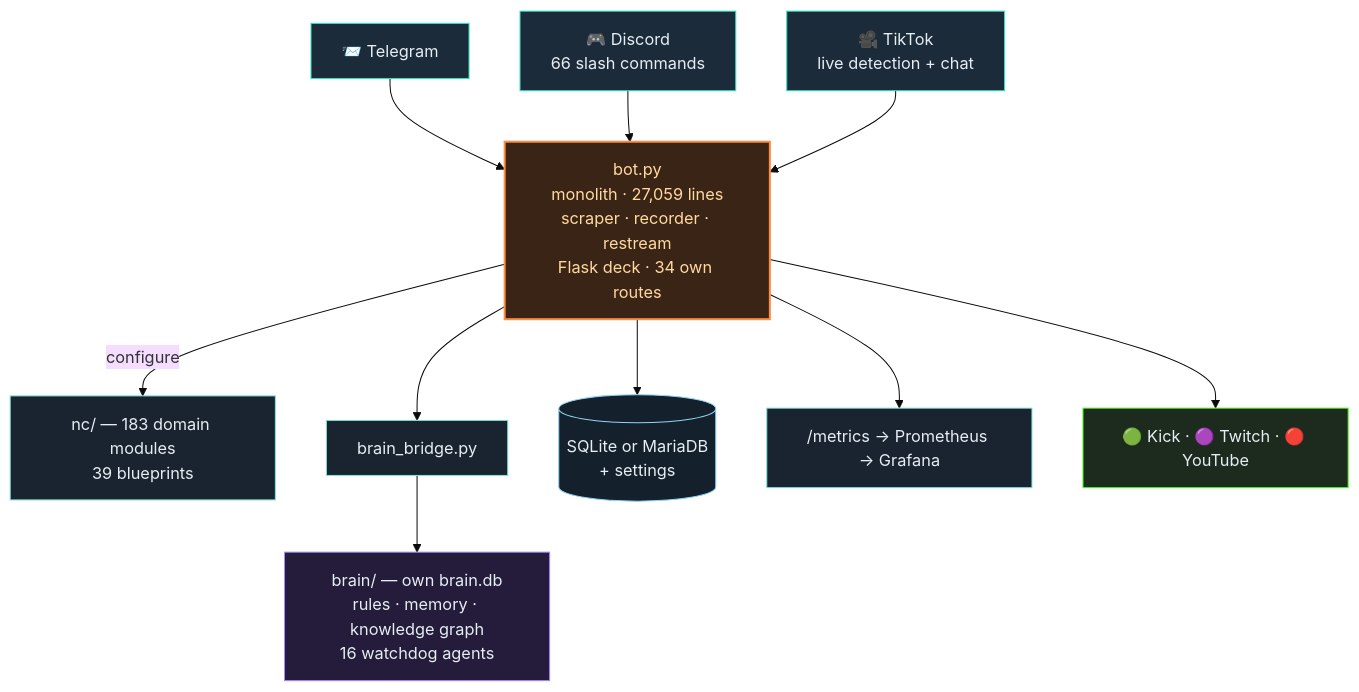
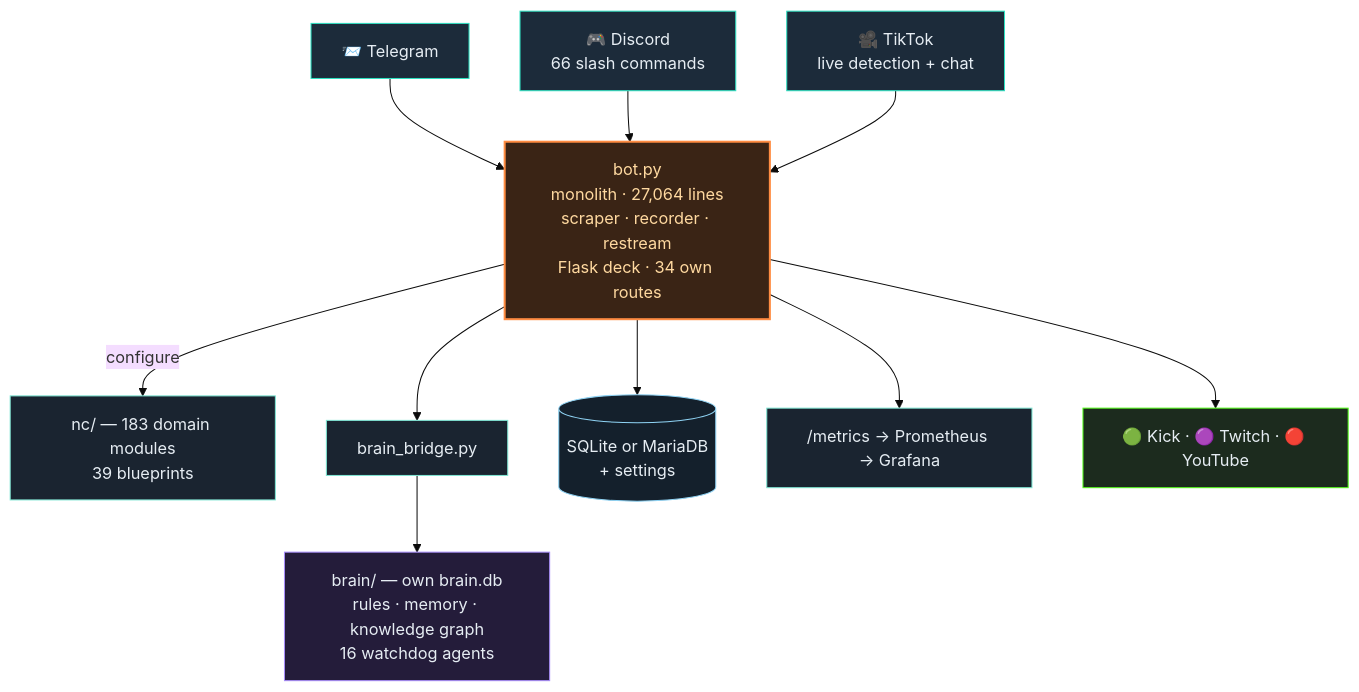
The second of 3 diagrams in README.en.md (itsamemedev/Telegram-Stream-Info-Bot), drawn with Mermaid (base theme) before and after one commit. The commit also changed other lines of this file and 11 other files, not shown here.

````diff
--- a/README.en.md
+++ b/README.en.md
@@ -119,19 +119,19 @@
 ```mermaid
 flowchart TB
     TG["📨 Telegram"]:::ein --> BOT
     DC["🎮 Discord<br/>66 slash commands"]:::ein --> BOT
     TT["🎥 TikTok<br/>live detection + chat"]:::ein --> BOT
-    BOT["bot.py<br/>monolith · 27,059 lines<br/>scraper · recorder · restream<br/>Flask deck · 34 own routes"]:::core
+    BOT["bot.py<br/>monolith · 27,064 lines<br/>scraper · recorder · restream<br/>Flask deck · 34 own routes"]:::core
     BOT -->|configure| NC["nc/ — 183 domain modules<br/>39 blueprints"]:::lib
     BOT --> BR["brain_bridge.py"]:::lib
     BR --> BRAIN["brain/ — own brain.db<br/>rules · memory · knowledge graph<br/>16 watchdog agents"]:::brain
     BOT --> DB[("SQLite or MariaDB<br/>+ settings")]:::db
     BOT --> PROM["/metrics → Prometheus → Grafana"]:::lib
     BOT --> OUT["🟢 Kick · 🟣 Twitch · 🔴 YouTube"]:::out
     classDef ein fill:#1c2b3a,stroke:#2de1c2,color:#e6edf3
     classDef core fill:#3a2415,stroke:#ff8c42,stroke-width:2px,color:#ffd9a0
     classDef lib fill:#1a2430,stroke:#7fe7d4,color:#e6edf3
     classDef brain fill:#241c3a,stroke:#a78bfa,color:#e6edf3
     classDef db fill:#14202c,stroke:#8fd3f4,color:#e6edf3
     classDef out fill:#1c2b1e,stroke:#53fc18,color:#e6edf3
 ```
````
